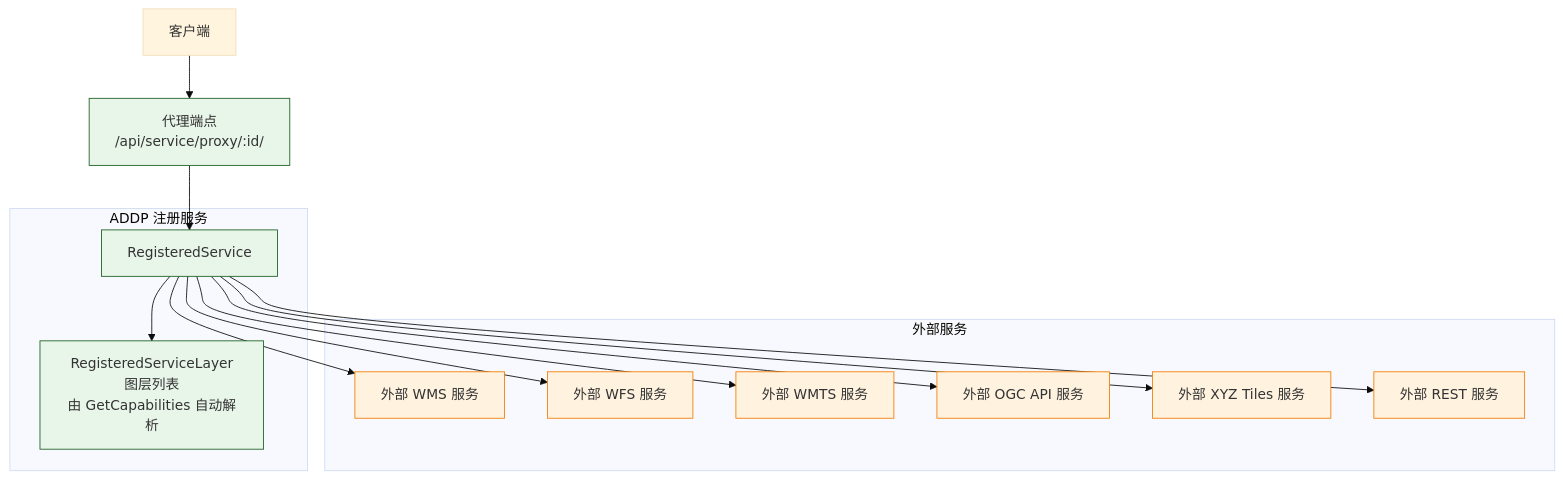
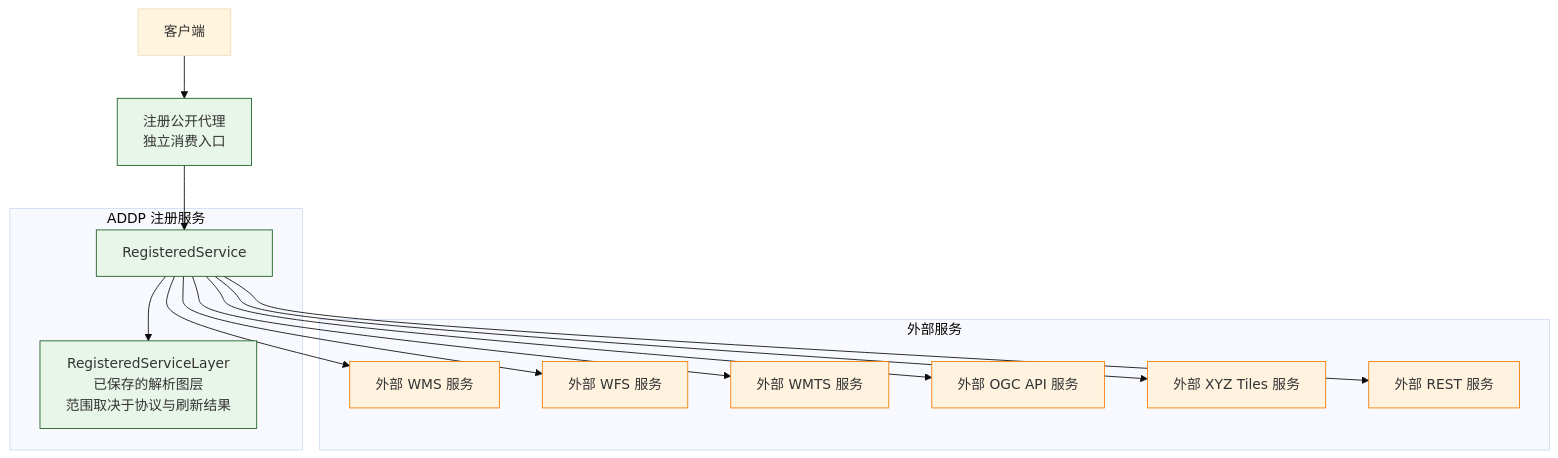
The third of 4 diagrams in docs/concepts/addp数据服务体系图.md (pampa0629/addp), drawn with Mermaid (base theme) before and after one commit. The commit also changed other lines of this file and 137 other files, not shown here.

````diff
--- a/docs/concepts/addp数据服务体系图.md
+++ b/docs/concepts/addp数据服务体系图.md
@@ -181,26 +181,26 @@
 ```mermaid
 graph TB
     subgraph "ADDP 注册服务"
         RS[RegisteredService]
-        RSL[RegisteredServiceLayer<br/>图层列表<br/>由 GetCapabilities 自动解析]
+        RSL[RegisteredServiceLayer<br/>已保存的解析图层<br/>范围取决于协议与刷新结果]
         RS --> RSL
     end
 
     subgraph "外部服务"
         ExtWMS[外部 WMS 服务]
         ExtWFS[外部 WFS 服务]
         ExtWMTS[外部 WMTS 服务]
         ExtOGC[外部 OGC API 服务]
         ExtXYZ[外部 XYZ Tiles 服务]
         ExtREST[外部 REST 服务]
     end
 
-    User[客户端] --> Proxy[代理端点<br/>/api/service/proxy/:id/]
+    User[客户端] --> Proxy[注册公开代理<br/>独立消费入口]
     Proxy --> RS
     RS --> ExtWMS & ExtWFS & ExtWMTS & ExtOGC & ExtXYZ & ExtREST
 
     classDef external fill:#fff3e0,stroke:#f57c00
     classDef internal fill:#e8f5e9,stroke:#1b5e20
     class ExtWMS,ExtWFS,ExtWMTS,ExtOGC,ExtXYZ,ExtREST external
     class RS,RSL,Proxy internal
 ```
````
